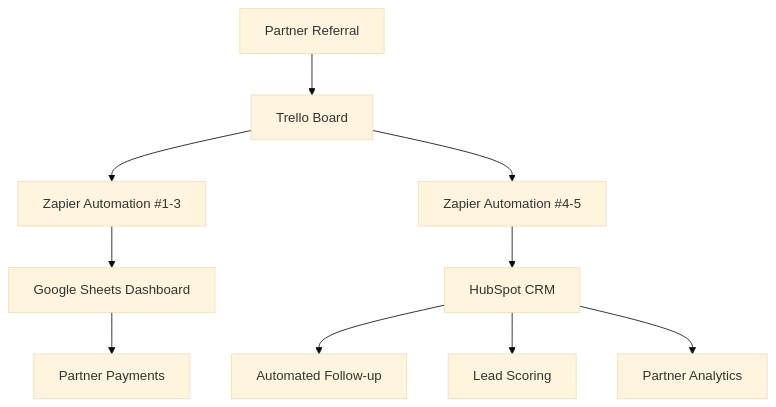
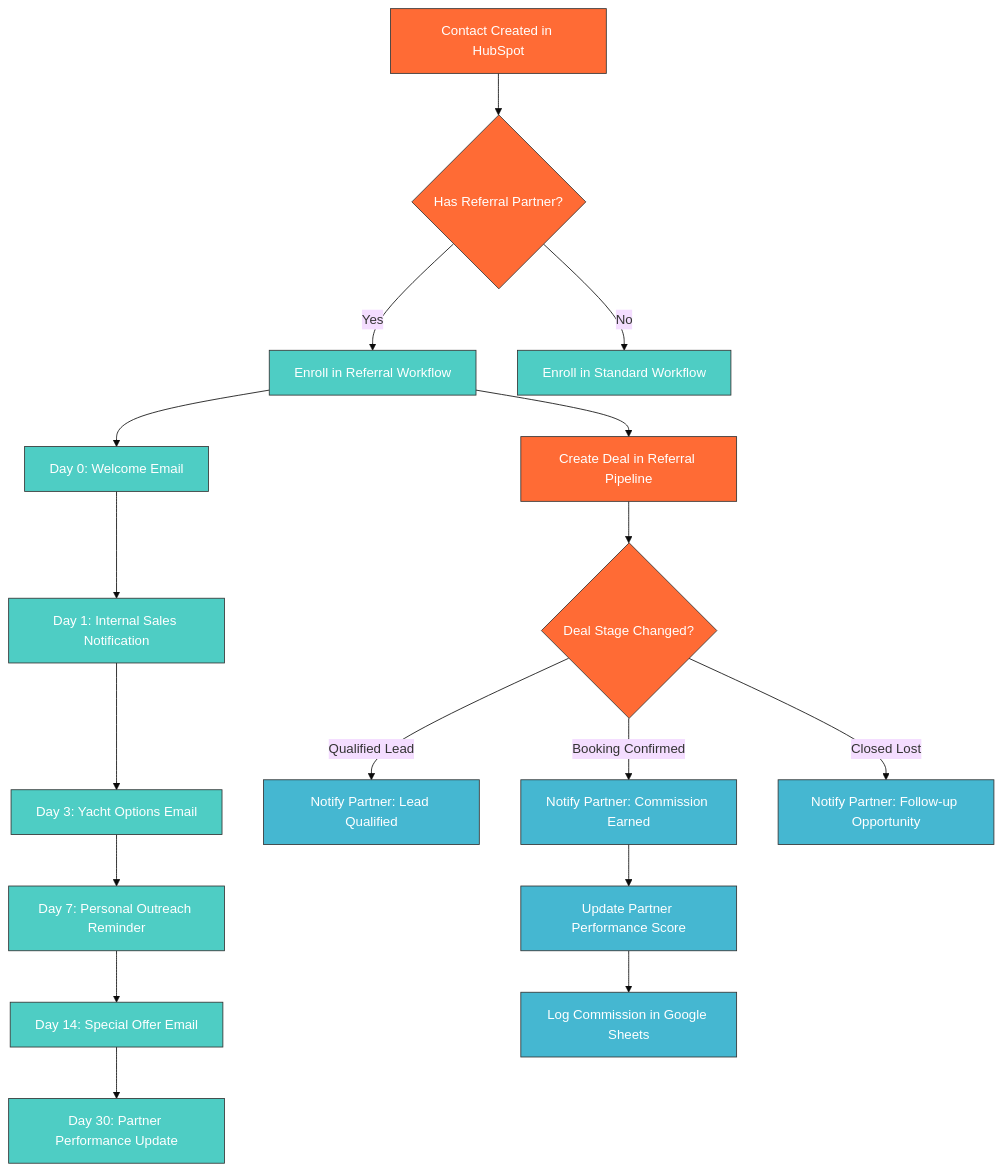
Before and after one commit to szemkoff/azurecharters: the diagram in docs/integration/hubspot-referral-integration.md, drawn with Mermaid (base theme). The commit also changed other lines of this file, not shown here.

Commit message:
Fix diagram consistency: Replace duplicate system architecture with HubSpot-specific workflow
- Remove redundant system architecture diagram from HubSpot integration page
- Add HubSpot-specific workflow diagram showing internal CRM processes
- Focus on HubSpot setup and automation workflows rather than overall system
- Maintain clear separation between system architecture and component-specific guides

````diff
--- a/docs/integration/hubspot-referral-integration.md
+++ b/docs/integration/hubspot-referral-integration.md
@@ -11,12 +11,31 @@
 ```mermaid
 graph TD
-    A[Partner Referral] --> B[Trello Board]
-    B --> C[Zapier Automation #1-3]
-    C --> D[Google Sheets Dashboard]
-    B --> E[Zapier Automation #4-5]
-    E --> F[HubSpot CRM]
-    F --> G[Automated Follow-up]
-    F --> H[Lead Scoring]
-    F --> I[Partner Analytics]
-    D --> J[Partner Payments]
+    A[Contact Created in HubSpot] --> B{Has Referral Partner?}
+    B -->|Yes| C[Enroll in Referral Workflow]
+    B -->|No| D[Enroll in Standard Workflow]
+    
+    C --> E[Day 0: Welcome Email]
+    C --> F[Create Deal in Referral Pipeline]
+    
+    E --> G[Day 1: Internal Sales Notification]
+    G --> H[Day 3: Yacht Options Email]
+    H --> I[Day 7: Personal Outreach Reminder]
+    I --> J[Day 14: Special Offer Email]
+    J --> K[Day 30: Partner Performance Update]
+    
+    F --> L{Deal Stage Changed?}
+    L -->|Qualified Lead| M[Notify Partner: Lead Qualified]
+    L -->|Booking Confirmed| N[Notify Partner: Commission Earned]
+    L -->|Closed Lost| O[Notify Partner: Follow-up Opportunity]
+    
+    N --> P[Update Partner Performance Score]
+    P --> Q[Log Commission in Google Sheets]
+    
+    classDef hubspot fill:#ff6b35,color:#ffffff,stroke:#333,stroke-width:1px;
+    classDef workflow fill:#4ecdc4,color:#ffffff,stroke:#333,stroke-width:1px;
+    classDef partner fill:#45b7d1,color:#ffffff,stroke:#333,stroke-width:1px;
+    
+    class A,B,F,L hubspot;
+    class C,D,E,G,H,I,J,K workflow;
+    class M,N,O,P,Q partner;
 ```
````
